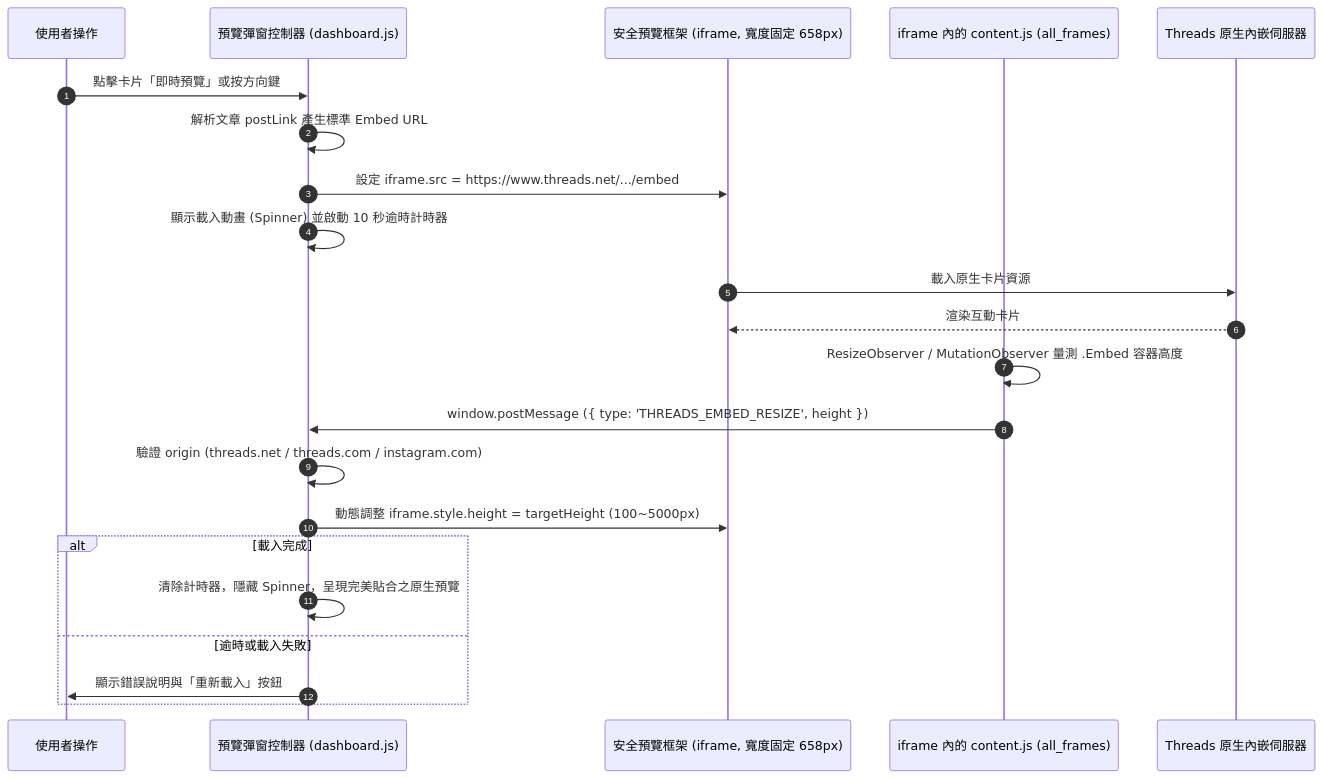
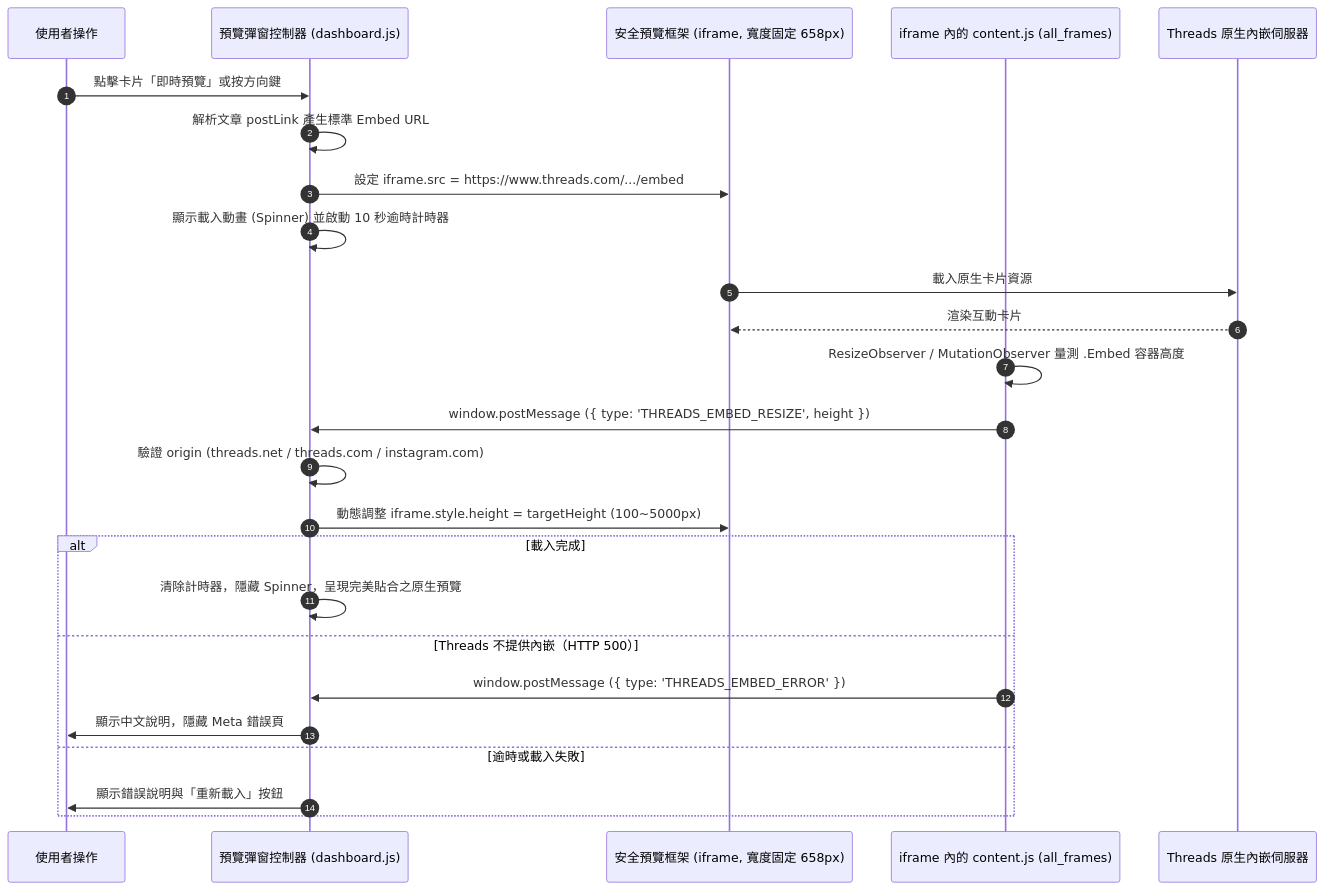
Before and after one commit to Scorpio-meow/Threadkeep: the third of 3 diagrams in README.md, drawn with Mermaid. The commit also changed other lines of this file and 27 other files, not shown here.

````diff
--- a/README.md
+++ b/README.md
@@ -410,25 +411,28 @@
 ```mermaid
 sequenceDiagram
     autonumber
     participant User as 使用者操作
     participant Modal as 預覽彈窗控制器 (dashboard.js)
     participant Iframe as 安全預覽框架 (iframe, 寬度固定 658px)
     participant Content as iframe 內的 content.js (all_frames)
     participant ThreadsEmbed as Threads 原生內嵌伺服器
 
     User->>Modal: 點擊卡片「即時預覽」或按方向鍵
     Modal->>Modal: 解析文章 postLink 產生標準 Embed URL
-    Modal->>Iframe: 設定 iframe.src = https://www.threads.net/.../embed
+    Modal->>Iframe: 設定 iframe.src = https://www.threads.com/.../embed
     Modal->>Modal: 顯示載入動畫 (Spinner) 並啟動 10 秒逾時計時器
     Iframe->>ThreadsEmbed: 載入原生卡片資源
     ThreadsEmbed-->>Iframe: 渲染互動卡片
     Content->>Content: ResizeObserver / MutationObserver 量測 .Embed 容器高度
     Content->>Modal: window.postMessage ({ type: 'THREADS_EMBED_RESIZE', height })
     Modal->>Modal: 驗證 origin (threads.net / threads.com / instagram.com)
     Modal->>Iframe: 動態調整 iframe.style.height = targetHeight (100~5000px)
     alt 載入完成
         Modal->>Modal: 清除計時器，隱藏 Spinner，呈現完美貼合之原生預覽
+    else Threads 不提供內嵌（HTTP 500）
+        Content->>Modal: window.postMessage ({ type: 'THREADS_EMBED_ERROR' })
+        Modal->>User: 顯示中文說明，隱藏 Meta 錯誤頁
     else 逾時或載入失敗
         Modal->>User: 顯示錯誤說明與「重新載入」按鈕
     end
 ```
````
